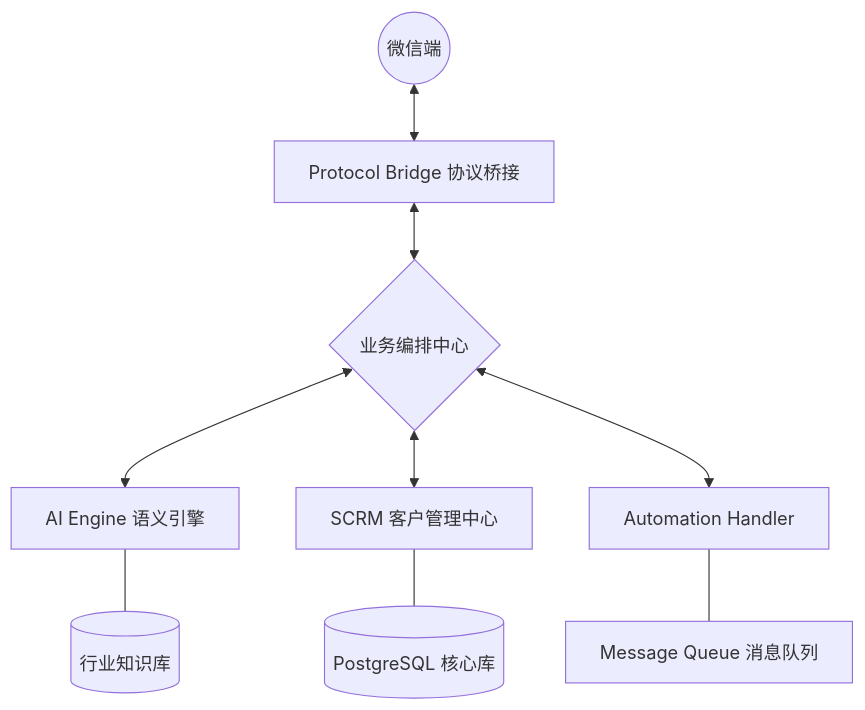
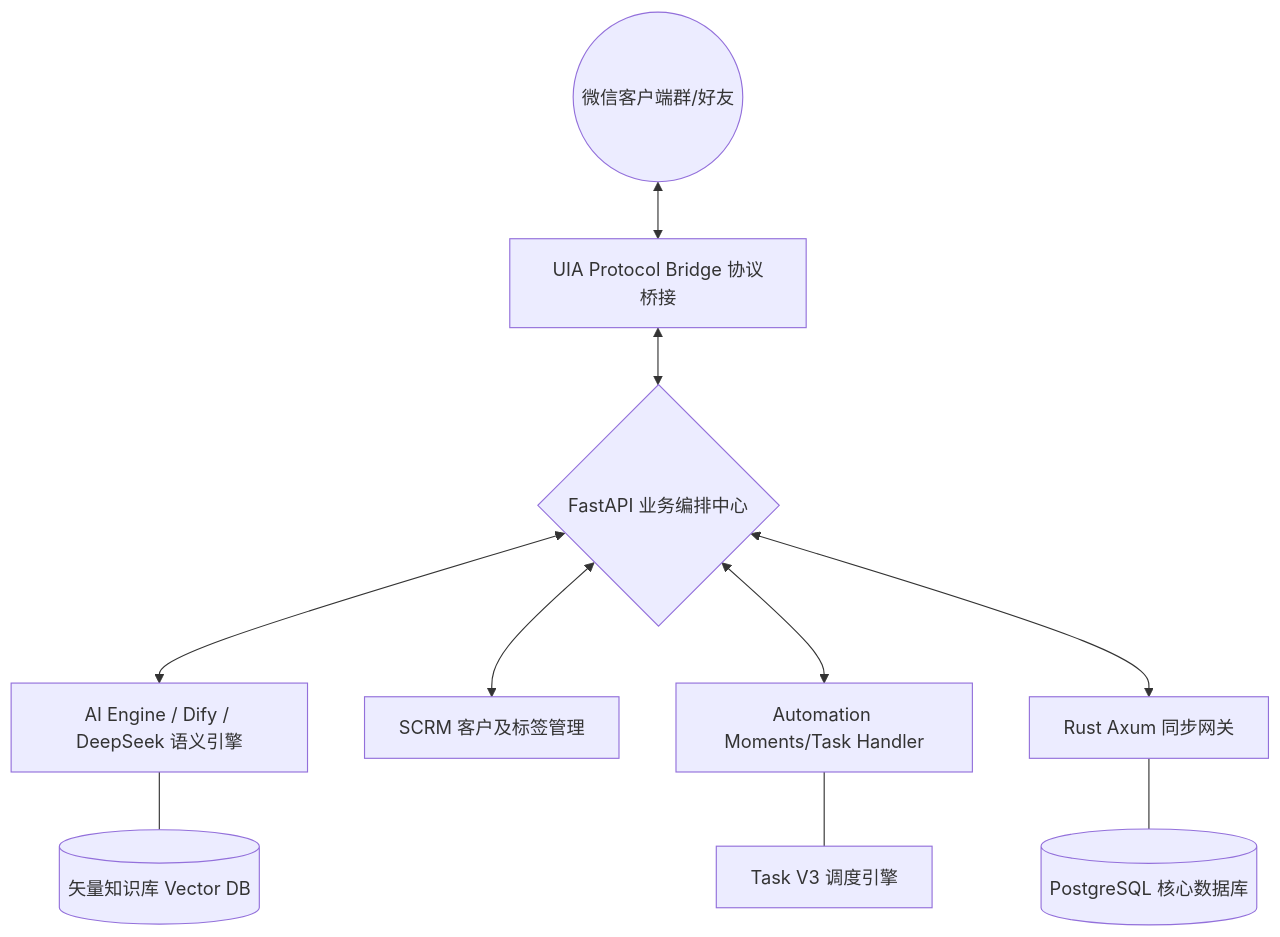
The diagram in README.md (aideluo/xm-bot4), drawn with Mermaid before and after one commit. The commit also changed other lines of this file, not shown here.

Commit message:
[doc] 商业化升级 README.md，增加 API 调用、源码授权说明与 SEO 关键词以优化引流

````diff
--- a/README.md
+++ b/README.md
@@ -52,11 +60,12 @@
 ```mermaid
 graph TD
-    User((微信端)) <--> Bridge[Protocol Bridge 协议桥接]
-    Bridge <--> Orchestrator{业务编排中心}
-    Orchestrator <--> AI[AI Engine 语义引擎]
-    Orchestrator <--> CRM[SCRM 客户管理中心]
-    Orchestrator <--> Automation[Automation Handler]
-    AI --- KB[(行业知识库)]
-    CRM --- DB[(PostgreSQL 核心库)]
-    Automation --- MQ[Message Queue 消息队列]
+    User((微信客户端群/好友)) <--> Bridge[UIA Protocol Bridge 协议桥接]
+    Bridge <--> Orchestrator{FastAPI 业务编排中心}
+    Orchestrator <--> AIService[AI Engine / Dify / DeepSeek 语义引擎]
+    Orchestrator <--> SCRM[SCRM 客户及标签管理]
+    Orchestrator <--> Automation[Automation Moments/Task Handler]
+    AIService --- KB[(矢量知识库 Vector DB)]
+    Orchestrator <--> Cloud[Rust Axum 同步网关]
+    Cloud --- DB[(PostgreSQL 核心数据库)]
+    Automation --- Schedule[Task V3 调度引擎]
 ```
````
